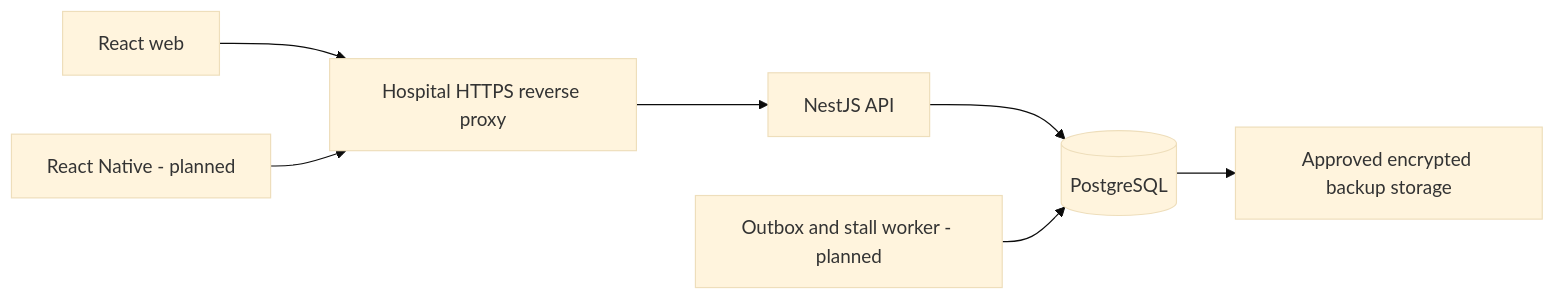
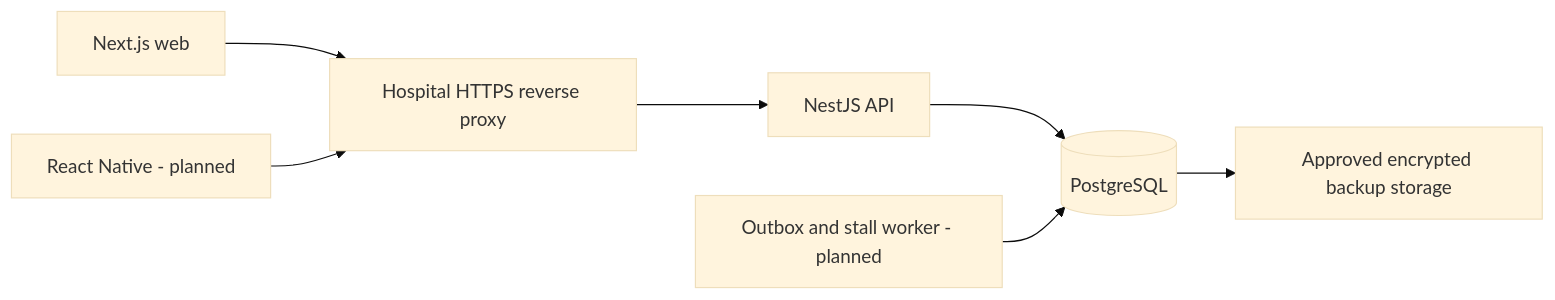
Before and after one commit to Sandhu93/OncoProject: the diagram in docs/architecture/overview.md, drawn with Mermaid (base theme). The commit also changed other lines of this file and 98 other files, not shown here.

First line of the commit message:
feat(web): replace the Vite shell with the Next.js login template (REST auth)

````diff
--- a/docs/architecture/overview.md
+++ b/docs/architecture/overview.md
@@ -7,9 +7,9 @@
 ```mermaid
 flowchart LR
-  Web[React web] --> Proxy[Hospital HTTPS reverse proxy]
+  Web[Next.js web] --> Proxy[Hospital HTTPS reverse proxy]
   Mobile[React Native - planned] --> Proxy
   Proxy --> API[NestJS API]
   API --> DB[(PostgreSQL)]
   Worker[Outbox and stall worker - planned] --> DB
   DB --> Backup[Approved encrypted backup storage]
 ```
````
